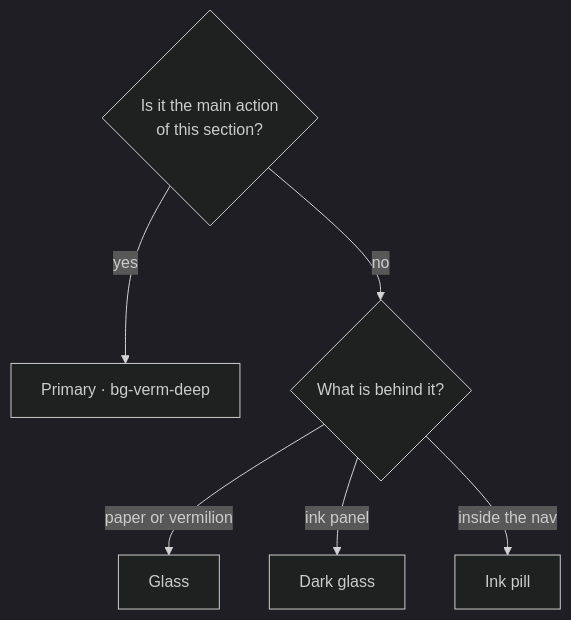
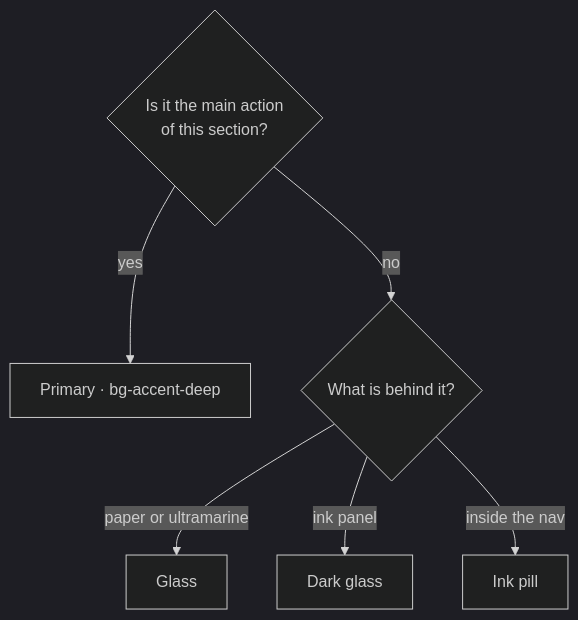
One commit to PUCTech/rayume changed the fifth of 8 diagrams in docs/design/README.md. Above: the diagram before and after it, drawn with Mermaid (dark theme). The commit also changed other lines of this file and 13 other files, not shown here.

First line of the commit message:
feat(frontend): ultramarine accent, tokens renamed to accent

````diff
--- a/docs/design/README.md
+++ b/docs/design/README.md
@@ -232,8 +237,8 @@
 ```mermaid
 flowchart TD
-  Q{"Is it the main action<br/>of this section?"} -->|yes| P["Primary · bg-verm-deep"]
+  Q{"Is it the main action<br/>of this section?"} -->|yes| P["Primary · bg-accent-deep"]
   Q -->|no| S{"What is behind it?"}
-  S -->|paper or vermilion| G["Glass"]
+  S -->|paper or ultramarine| G["Glass"]
   S -->|ink panel| D["Dark glass"]
   S -->|inside the nav| I["Ink pill"]
 ```
````
